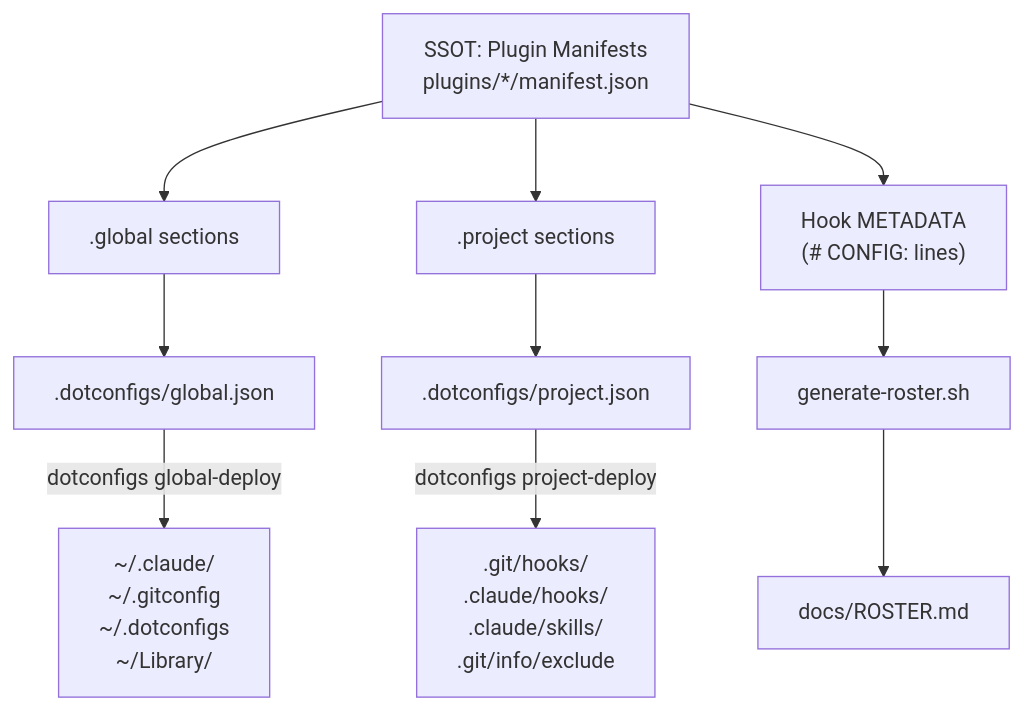
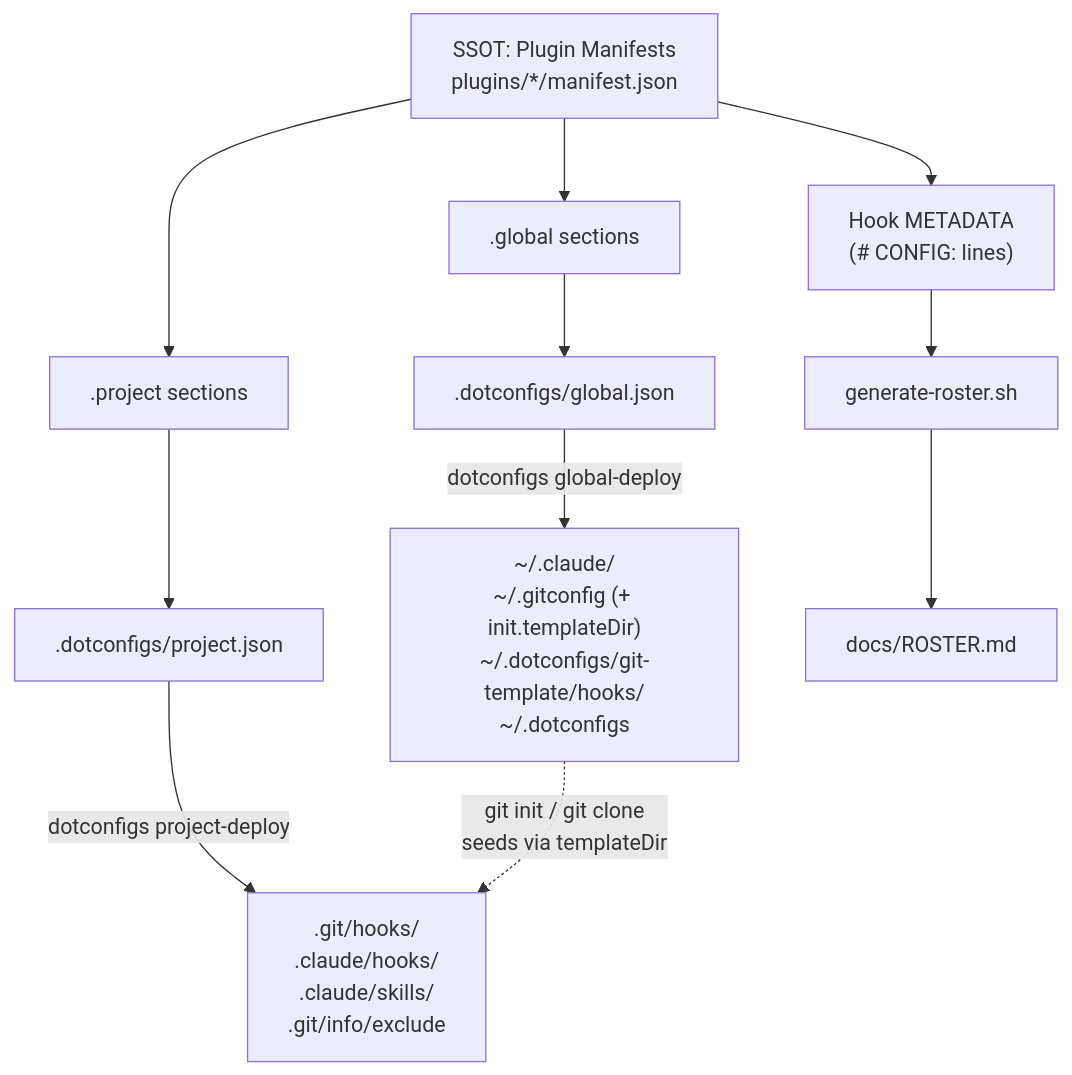
Before and after one commit to henrycgbaker/dotconfigs: the diagram in docs/architecture.md, drawn with Mermaid. The commit also changed other lines of this file and 4 other files, not shown here.

First line of the commit message:
feat(git): couple init.templateDir to the hooks module + off-switch

````diff
--- a/docs/architecture.md
+++ b/docs/architecture.md
@@ -16,15 +16,16 @@
 ```mermaid
 flowchart TD
     SSOT["SSOT: Plugin Manifests<br/>plugins/*/manifest.json"]
     SSOT --> G[".global sections"]
     SSOT --> P[".project sections"]
     SSOT --> M["Hook METADATA<br/>(# CONFIG: lines)"]
 
     G --> GJ[".dotconfigs/global.json"]
     P --> PJ[".dotconfigs/project.json"]
     M --> RS["generate-roster.sh"]
 
-    GJ -->|dotconfigs global-deploy| GFS["~/.claude/<br/>~/.gitconfig<br/>~/.dotconfigs<br/>~/Library/"]
+    GJ -->|dotconfigs global-deploy| GFS["~/.claude/<br/>~/.gitconfig (+ init.templateDir)<br/>~/.dotconfigs/git-template/hooks/<br/>~/.dotconfigs"]
     PJ -->|dotconfigs project-deploy| PFS[".git/hooks/<br/>.claude/hooks/<br/>.claude/skills/<br/>.git/info/exclude"]
+    GFS -.->|git init / git clone<br/>seeds via templateDir| PFS
     RS --> ROSTER["docs/ROSTER.md"]
 ```
````
